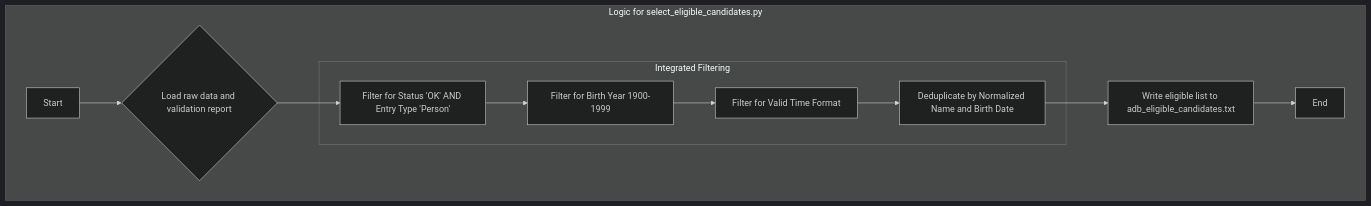
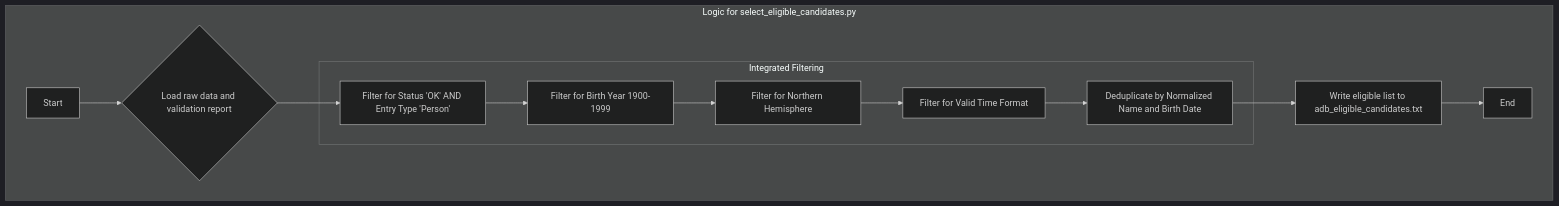
Before and after one commit to peterjmarko/llm-narrative-framework: the diagram in docs/diagrams/logic_prep_eligible_candidates.mmd, drawn with Mermaid (dark theme). The commit also changed 12 other files, not shown here.

```diff
--- a/docs/diagrams/logic_prep_eligible_candidates.mmd
+++ b/docs/diagrams/logic_prep_eligible_candidates.mmd
@@ -1,14 +1,15 @@
 graph TD
     subgraph Logic for select_eligible_candidates.py
         A[Start] --> B{Load raw data and validation report};
-        B --> C{Loop through all raw records};
 
         subgraph "Integrated Filtering"
             C["Filter for Status 'OK' AND Entry Type 'Person'"] --> D["Filter for Birth Year 1900-1999"];
-            D --> E["Filter for Valid Time Format"];
+            D --> Hemi["Filter for Northern Hemisphere"];
+            Hemi --> E["Filter for Valid Time Format"];
             E --> F["Deduplicate by Normalized Name and Birth Date"];
         end
-
+        
+        B --> C;
         F --> I[Write eligible list to adb_eligible_candidates.txt];
         I --> J[End];
     end
```
